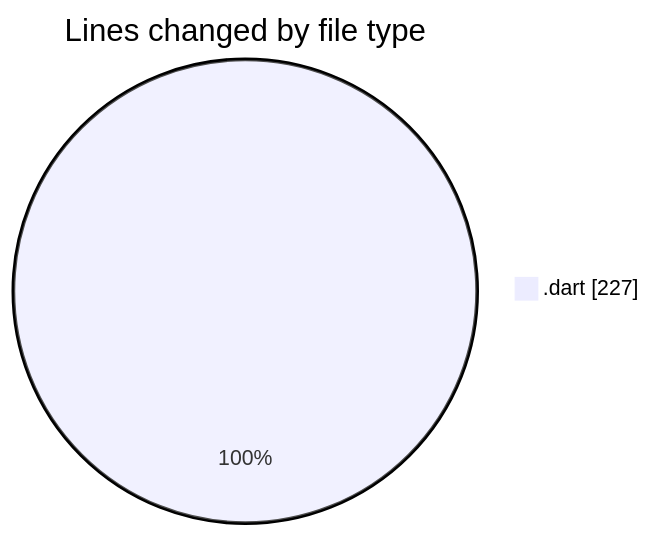
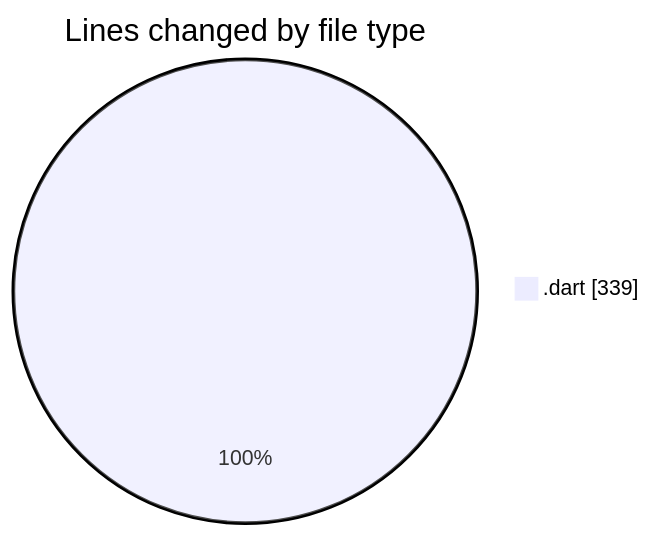
One commit to donsfak/code-tracking changed the first of 2 diagrams in 2025-02-17/uber_clone/README.md. Above: the diagram before and after it, drawn with Mermaid. The commit also changed other lines of this file and 1 other file, not shown here.

````diff
--- a/2025-02-17/uber_clone/README.md
+++ b/2025-02-17/uber_clone/README.md
@@ -21,5 +21,5 @@
 ```mermaid
 pie showData
 title Lines changed by file type
-".dart" : 227
+".dart" : 339
 ```
````
